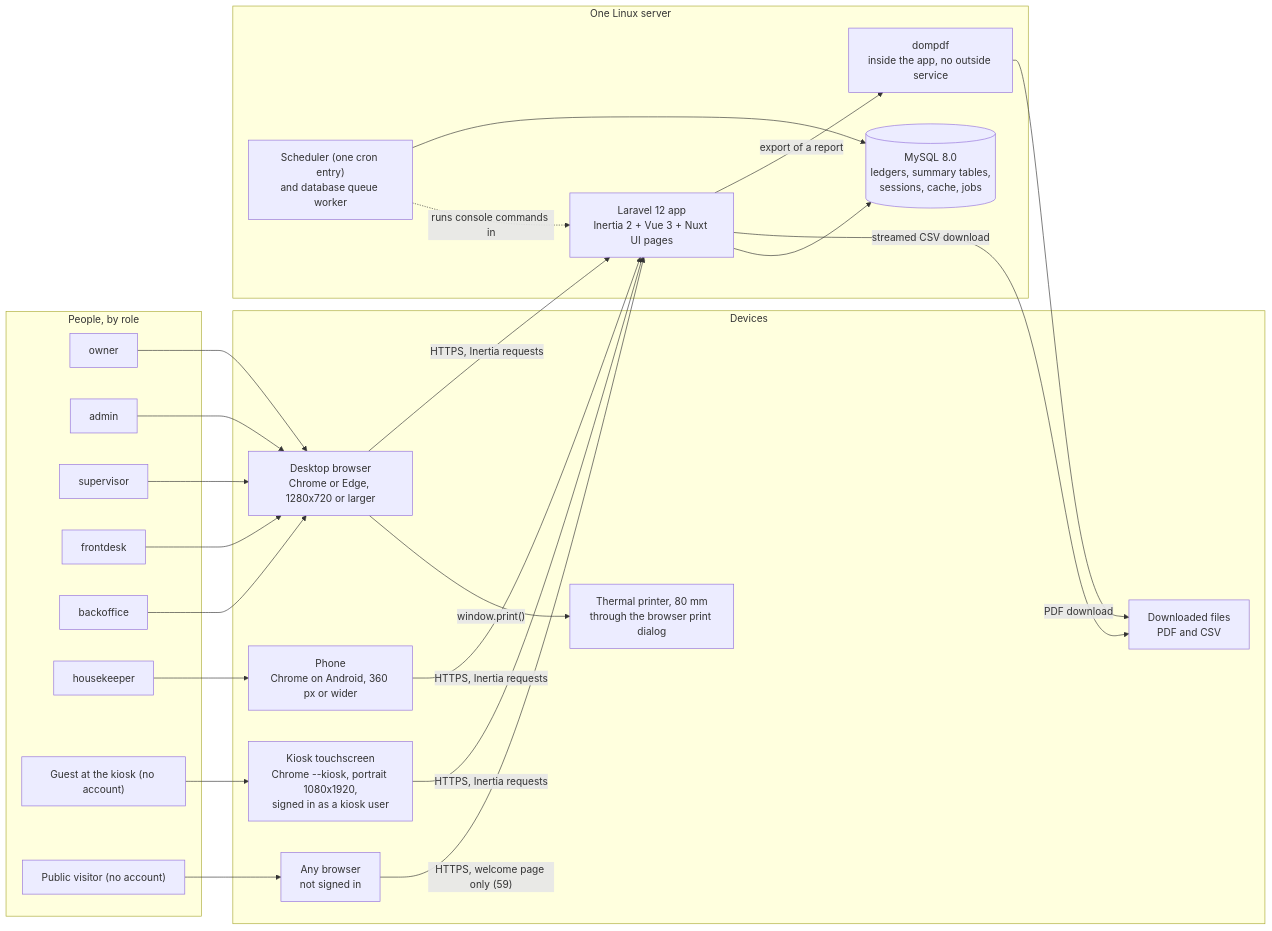
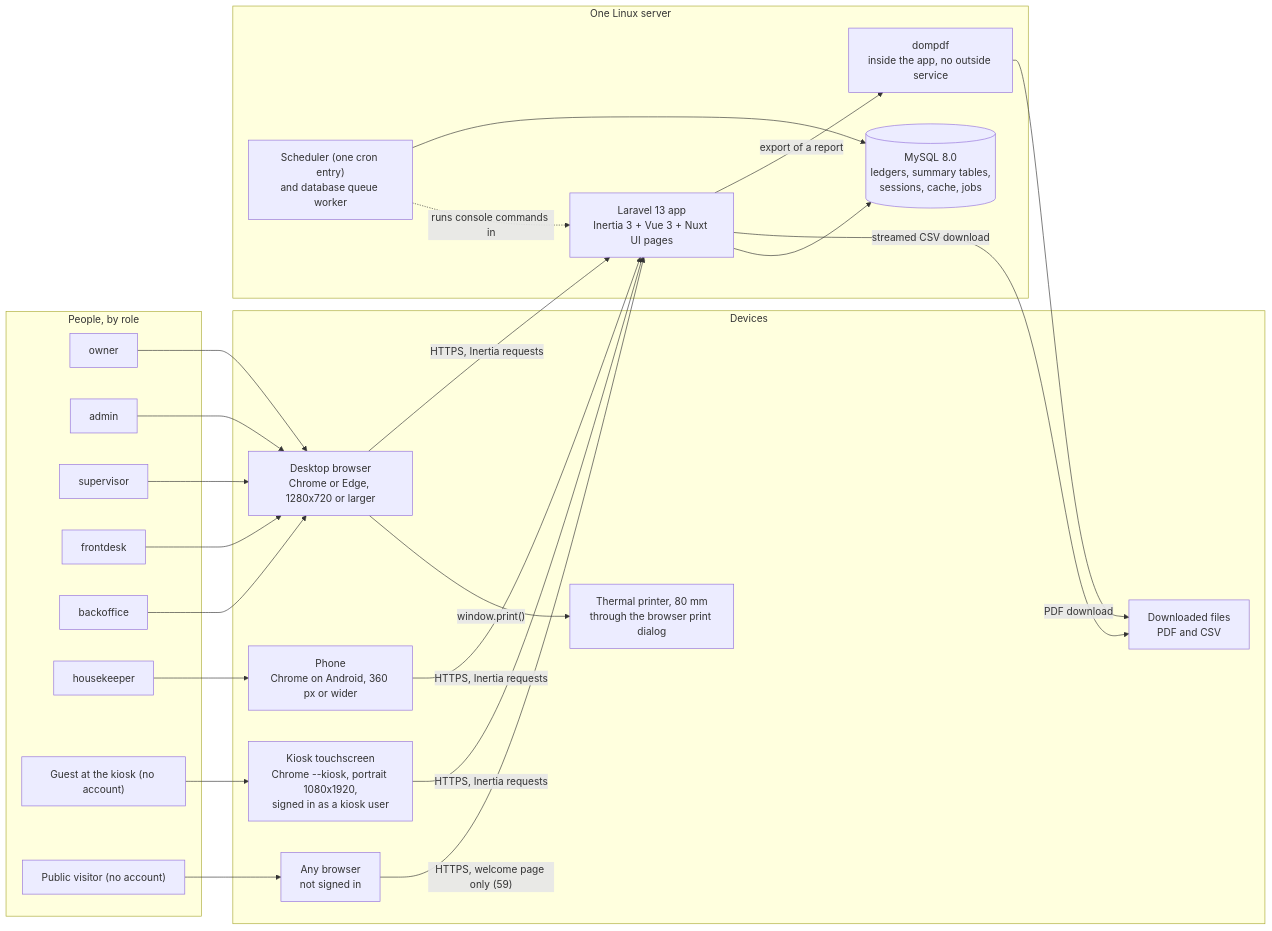
The first of 9 diagrams in docs/SYSTEM_DESIGN.md (GabJeungSook/HotelV4), drawn with Mermaid before and after one commit. The commit also changed other lines of this file and 11 other files, not shown here.

First line of the commit message:
Phase 0: upgrade to Laravel 13, Inertia 3, Pest 4, Vite 8 and latest tooling

````diff
--- a/docs/SYSTEM_DESIGN.md
+++ b/docs/SYSTEM_DESIGN.md
@@ -19,51 +19,51 @@
 ```mermaid
 flowchart LR
     subgraph People["People, by role"]
         OW["owner"]
         AD["admin"]
         SV["supervisor"]
         FD["frontdesk"]
         BO["backoffice"]
         HK["housekeeper"]
         GU["Guest at the kiosk (no account)"]
         PV["Public visitor (no account)"]
     end
 
     subgraph Devices["Devices"]
         DESK["Desktop browser<br/>Chrome or Edge, 1280x720 or larger"]
         KIOSK["Kiosk touchscreen<br/>Chrome --kiosk, portrait 1080x1920,<br/>signed in as a kiosk user"]
         PHONE["Phone<br/>Chrome on Android, 360 px or wider"]
         ANY["Any browser<br/>not signed in"]
         PRN["Thermal printer, 80 mm<br/>through the browser print dialog"]
         FILES["Downloaded files<br/>PDF and CSV"]
     end
 
     subgraph Server["One Linux server"]
-        APP["Laravel 12 app<br/>Inertia 2 + Vue 3 + Nuxt UI pages"]
+        APP["Laravel 13 app<br/>Inertia 3 + Vue 3 + Nuxt UI pages"]
         PDF["dompdf<br/>inside the app, no outside service"]
         DB[("MySQL 8.0<br/>ledgers, summary tables,<br/>sessions, cache, jobs")]
         SCH["Scheduler (one cron entry)<br/>and database queue worker"]
     end
 
     OW --> DESK
     AD --> DESK
     SV --> DESK
     FD --> DESK
     BO --> DESK
     HK --> PHONE
     GU --> KIOSK
     PV --> ANY
 
     DESK -- "HTTPS, Inertia requests" --> APP
     KIOSK -- "HTTPS, Inertia requests" --> APP
     PHONE -- "HTTPS, Inertia requests" --> APP
     ANY -- "HTTPS, welcome page only (59)" --> APP
     DESK -- "window.print()" --> PRN
     APP -- "export of a report" --> PDF
     PDF -- "PDF download" --> FILES
     APP -- "streamed CSV download" --> FILES
 
     APP --> DB
     SCH --> DB
     SCH -. "runs console commands in" .-> APP
 ```
````
